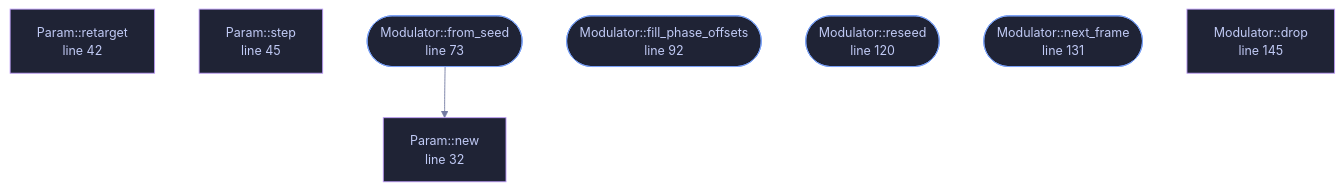
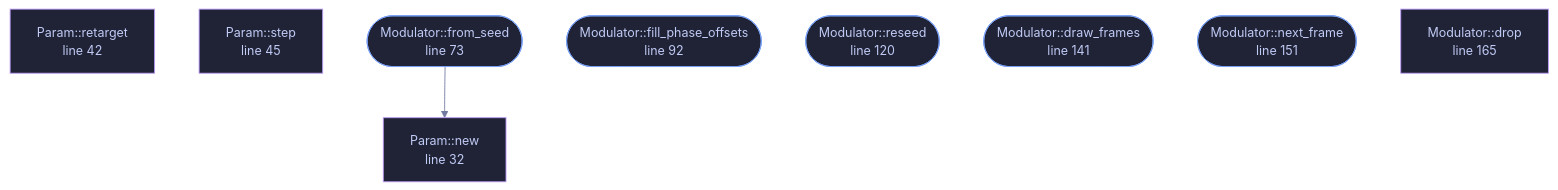
One commit to tilas01/veilvoice changed the diagram in docs/files/veilvoice-core/modulation.md. Above: the diagram before and after it, drawn with Mermaid. The commit also changed other lines of this file and 24 other files, not shown here.

````diff
--- a/docs/files/veilvoice-core/modulation.md
+++ b/docs/files/veilvoice-core/modulation.md
@@ -64,25 +65,27 @@
 ```mermaid
 %%{init: {"theme":"base","themeVariables":{"background":"#1a1b26","primaryColor":"#1f2335","primaryTextColor":"#c0caf5","primaryBorderColor":"#7aa2f7","secondaryColor":"#16161e","tertiaryColor":"#16161e","lineColor":"#737aa2","textColor":"#c0caf5","mainBkg":"#1f2335","nodeBorder":"#7aa2f7","clusterBkg":"#16161e","clusterBorder":"#2f3549","fontFamily":"ui-monospace, SFMono-Regular, Consolas, monospace","fontSize":"14px"}}}%%
 flowchart TD
     n_new["Param::new<br/>line 32"]
     n_retarget["Param::retarget<br/>line 42"]
     n_step["Param::step<br/>line 45"]
     n_from_seed(["Modulator::from_seed<br/>line 73"])
     n_fill_phase_offsets(["Modulator::fill_phase_offsets<br/>line 92"])
     n_reseed(["Modulator::reseed<br/>line 120"])
-    n_next_frame(["Modulator::next_frame<br/>line 131"])
-    n_drop["Modulator::drop<br/>line 145"]
+    n_draw_frames(["Modulator::draw_frames<br/>line 141"])
+    n_next_frame(["Modulator::next_frame<br/>line 151"])
+    n_drop["Modulator::drop<br/>line 165"]
     n_from_seed --> n_new
     click n_new href "https://github.com/tilas01/veilvoice/blob/main/crates/veilvoice-core/src/modulation.rs#L32" "open the source"
     click n_retarget href "https://github.com/tilas01/veilvoice/blob/main/crates/veilvoice-core/src/modulation.rs#L42" "open the source"
     click n_step href "https://github.com/tilas01/veilvoice/blob/main/crates/veilvoice-core/src/modulation.rs#L45" "open the source"
     click n_from_seed href "https://github.com/tilas01/veilvoice/blob/main/crates/veilvoice-core/src/modulation.rs#L73" "open the source"
     click n_fill_phase_offsets href "https://github.com/tilas01/veilvoice/blob/main/crates/veilvoice-core/src/modulation.rs#L92" "open the source"
     click n_reseed href "https://github.com/tilas01/veilvoice/blob/main/crates/veilvoice-core/src/modulation.rs#L120" "open the source"
-    click n_next_frame href "https://github.com/tilas01/veilvoice/blob/main/crates/veilvoice-core/src/modulation.rs#L131" "open the source"
-    click n_drop href "https://github.com/tilas01/veilvoice/blob/main/crates/veilvoice-core/src/modulation.rs#L145" "open the source"
+    click n_draw_frames href "https://github.com/tilas01/veilvoice/blob/main/crates/veilvoice-core/src/modulation.rs#L141" "open the source"
+    click n_next_frame href "https://github.com/tilas01/veilvoice/blob/main/crates/veilvoice-core/src/modulation.rs#L151" "open the source"
+    click n_drop href "https://github.com/tilas01/veilvoice/blob/main/crates/veilvoice-core/src/modulation.rs#L165" "open the source"
     classDef entry fill:#1f2335,stroke:#7aa2f7,color:#c0caf5
-    class n_from_seed,n_fill_phase_offsets,n_reseed,n_next_frame entry
+    class n_from_seed,n_fill_phase_offsets,n_reseed,n_draw_frames,n_next_frame entry
     classDef helper fill:#1f2335,stroke:#bb9af7,color:#c0caf5
     class n_new,n_retarget,n_step,n_drop helper
 ```
````
